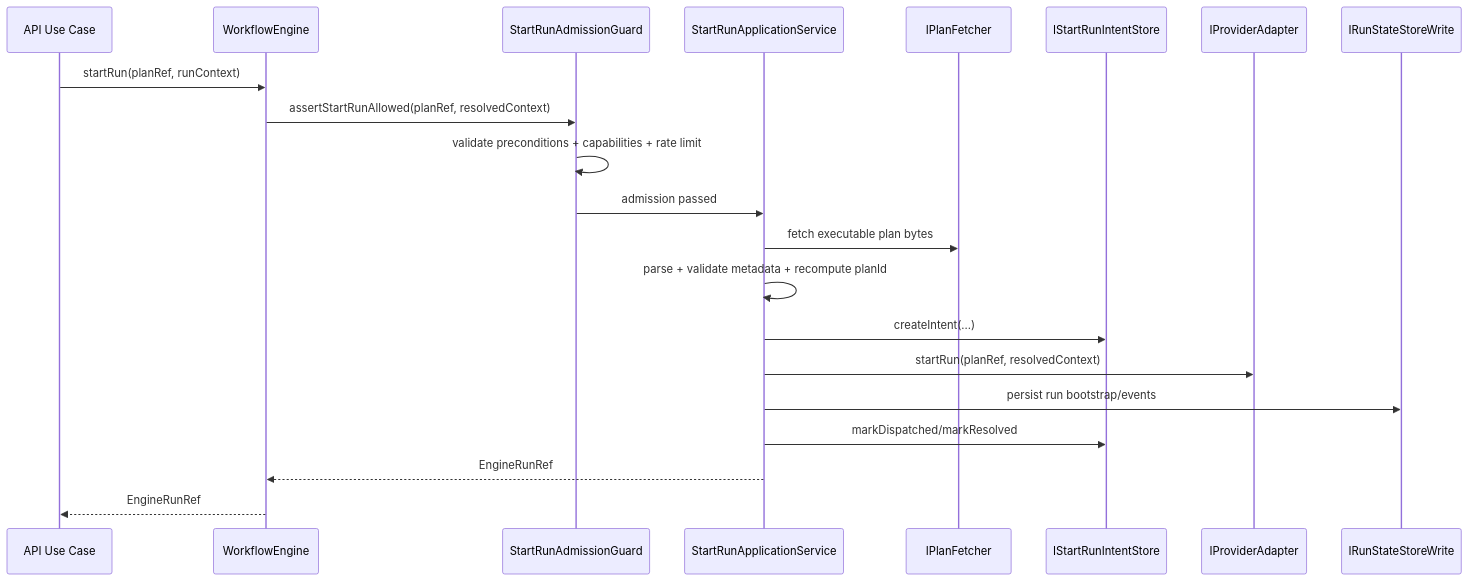
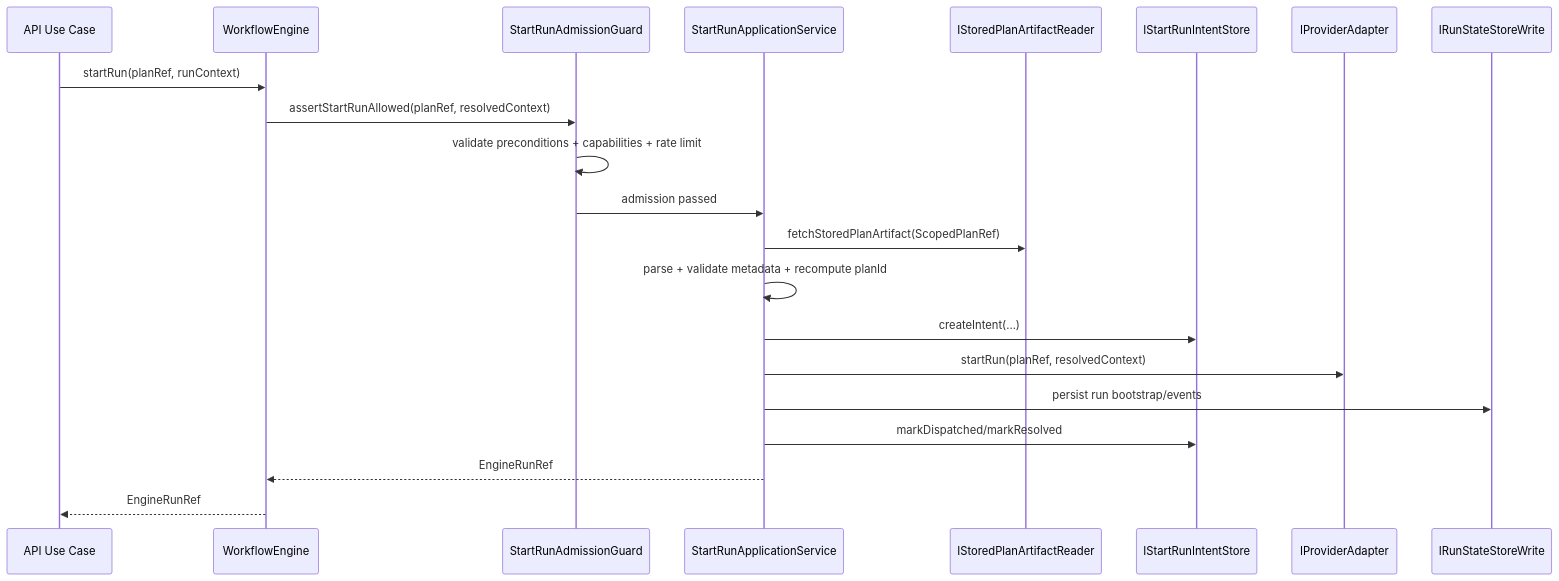
One commit to dunay2/dvt changed the third of 5 diagrams in docs/architecture/components/engine/architecture/workflow-engine-subsystem-context.md. Above: the diagram before and after it, drawn with Mermaid. The commit also changed other lines of this file and 32 other files, not shown here.

Commit message:
docs(docs): Document scoped plan-store ownership

````diff
--- a/docs/architecture/components/engine/architecture/workflow-engine-subsystem-context.md
+++ b/docs/architecture/components/engine/architecture/workflow-engine-subsystem-context.md
@@ -168,24 +170,24 @@
 ```mermaid
 sequenceDiagram
   participant Client as API Use Case
   participant Engine as WorkflowEngine
   participant Guard as StartRunAdmissionGuard
   participant StartRun as StartRunApplicationService
-  participant PlanStore as IPlanFetcher
+  participant PlanStore as IStoredPlanArtifactReader
   participant Intent as IStartRunIntentStore
   participant Adapter as IProviderAdapter
   participant State as IRunStateStoreWrite
 
   Client->>Engine: startRun(planRef, runContext)
   Engine->>Guard: assertStartRunAllowed(planRef, resolvedContext)
   Guard->>Guard: validate preconditions + capabilities + rate limit
   Guard->>StartRun: admission passed
-  StartRun->>PlanStore: fetch executable plan bytes
+  StartRun->>PlanStore: fetchStoredPlanArtifact(ScopedPlanRef)
   StartRun->>StartRun: parse + validate metadata + recompute planId
   StartRun->>Intent: createIntent(...)
   StartRun->>Adapter: startRun(planRef, resolvedContext)
   StartRun->>State: persist run bootstrap/events
   StartRun->>Intent: markDispatched/markResolved
   StartRun-->>Engine: EngineRunRef
   Engine-->>Client: EngineRunRef
 ```
````
